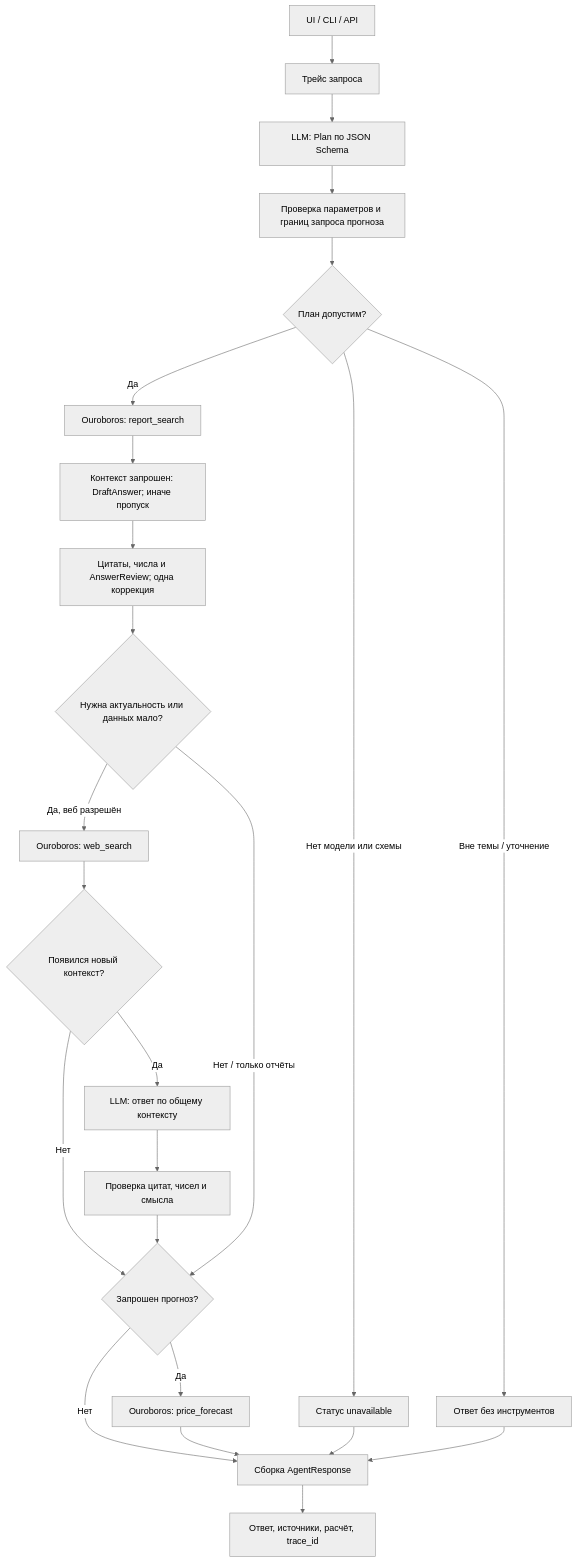
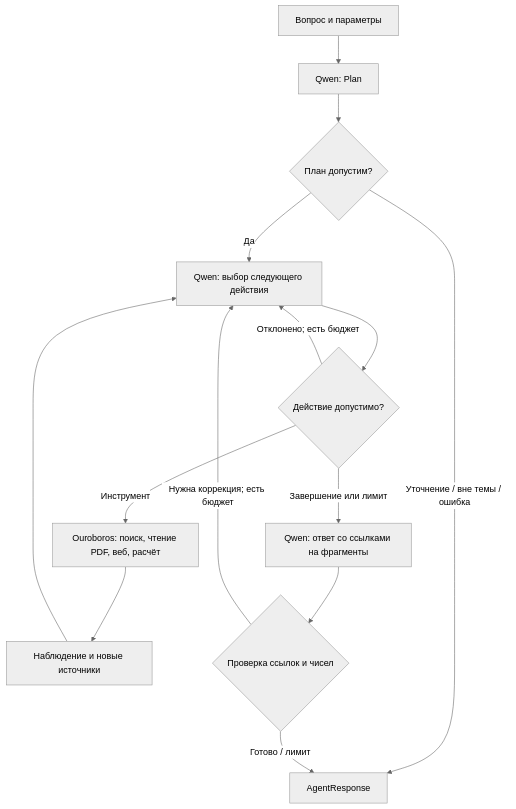
Before and after one commit to moomivee/ai_assistant: the diagram in docs/Architecture.md, drawn with Mermaid (neutral theme). The commit also changed other lines of this file and 37 other files, not shown here.

````diff
--- a/docs/Architecture.md
+++ b/docs/Architecture.md
@@ -7,26 +5,16 @@
 ```mermaid
 flowchart TD
-    A["UI / CLI / API"] --> B["Трейс запроса"]
-    B --> C["LLM: Plan по JSON Schema"]
-    C --> Q["Проверка параметров и границ запроса прогноза"]
-    Q --> D{"План допустим?"}
-    D -->|"Нет модели или схемы"| X["Статус unavailable"]
-    D -->|"Вне темы / уточнение"| Y["Ответ без инструментов"]
-    D -->|"Да"| R["Ouroboros: report_search"]
-    R --> E["Контекст запрошен: DraftAnswer; иначе пропуск"]
-    E --> F["Цитаты, числа и AnswerReview; одна коррекция"]
-    F --> G{"Нужна актуальность или данных мало?"}
-    G -->|"Да, веб разрешён"| W["Ouroboros: web_search"]
-    W --> N{"Появился новый контекст?"}
-    N -->|"Да"| S["LLM: ответ по общему контексту"]
-    N -->|"Нет"| P
-    S --> V["Проверка цитат, чисел и смысла"]
-    V --> P{"Запрошен прогноз?"}
-    G -->|"Нет / только отчёты"| P
-    P -->|"Да"| M["Ouroboros: price_forecast"]
-    P -->|"Нет"| Z["Сборка AgentResponse"]
-    M --> Z
-    X --> Z
-    Y --> Z
-    Z --> O["Ответ, источники, расчёт, trace_id"]
+    A["Вопрос и параметры"] --> P["Qwen: Plan"]
+    P --> V{"План допустим?"}
+    V -->|"Уточнение / вне темы / ошибка"| F["AgentResponse"]
+    V -->|"Да"| D["Qwen: выбор следующего действия"]
+    D --> G{"Действие допустимо?"}
+    G -->|"Инструмент"| T["Ouroboros: поиск, чтение PDF, веб, расчёт"]
+    T --> O["Наблюдение и новые источники"]
+    O --> D
+    G -->|"Отклонено; есть бюджет"| D
+    G -->|"Завершение или лимит"| C["Qwen: ответ со ссылками на фрагменты"]
+    C --> R{"Проверка ссылок и чисел"}
+    R -->|"Нужна коррекция; есть бюджет"| D
+    R -->|"Готово / лимит"| F
 ```
````
